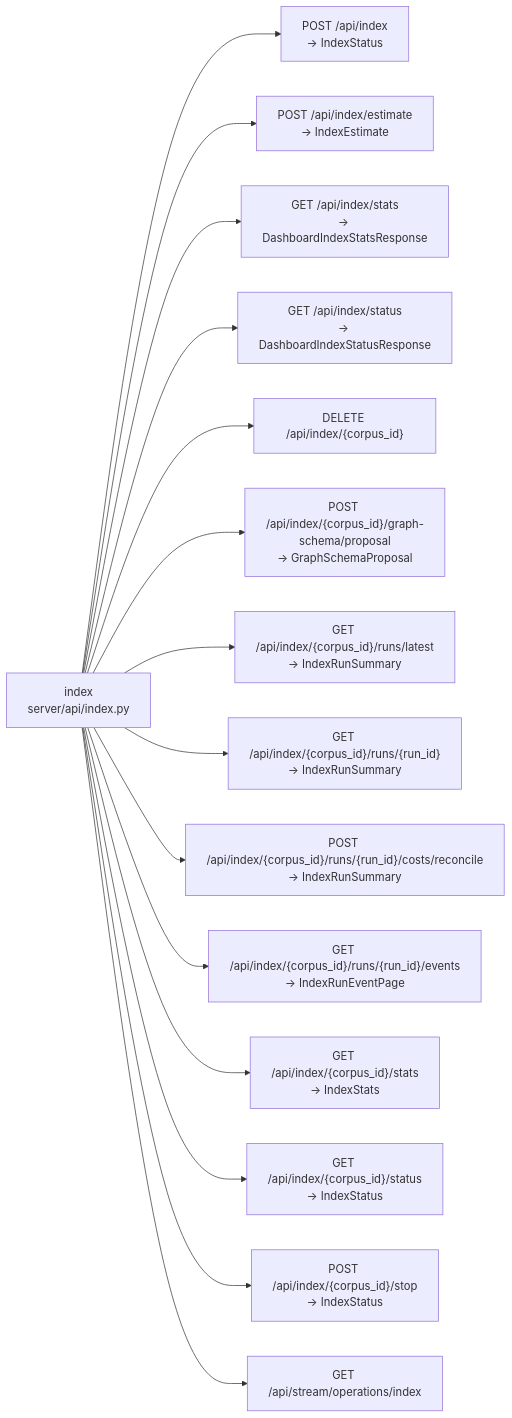
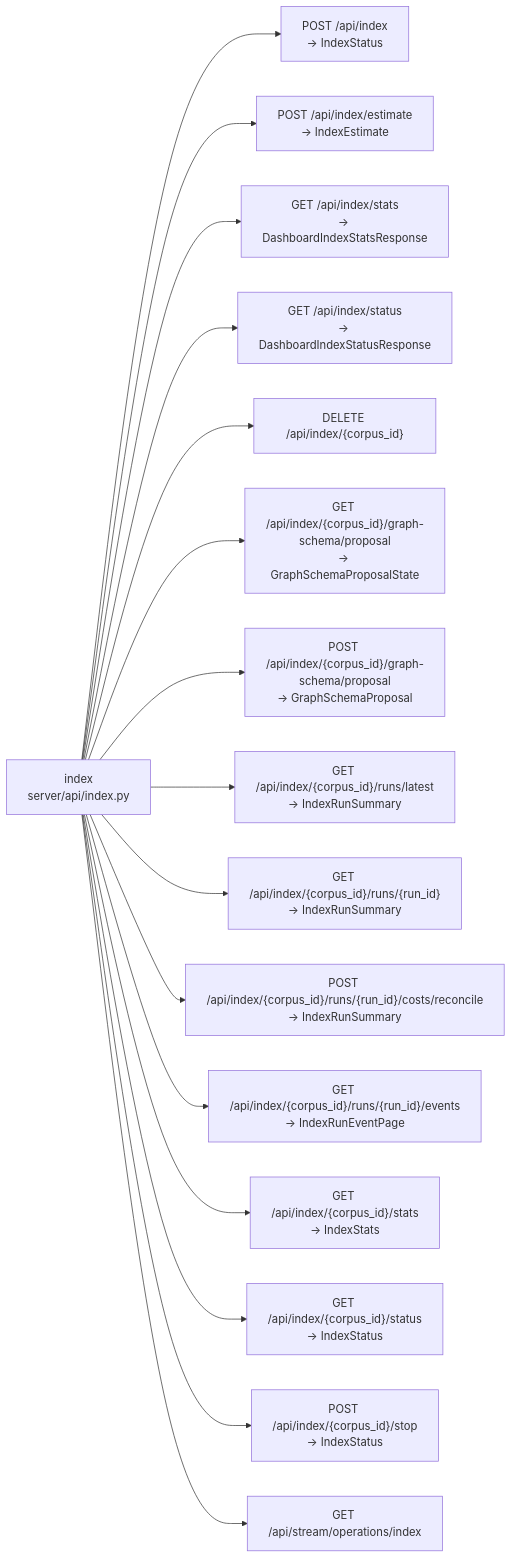
One commit to DMontgomery40/ragweld changed diagram 15 of 25 in mkdocs/docs/reference/architecture/api-surface.md. Above: the diagram before and after it, drawn with Mermaid. The commit also changed other lines of this file and 21 other files, not shown here.

````diff
--- a/mkdocs/docs/reference/architecture/api-surface.md
+++ b/mkdocs/docs/reference/architecture/api-surface.md
@@ -449,32 +449,34 @@
 ```mermaid
 flowchart LR
     n_index["index\nserver/api/index.py"]
     n_index_0["POST /api/index\n-> IndexStatus"]
     n_index --> n_index_0
     n_index_1["POST /api/index/estimate\n-> IndexEstimate"]
     n_index --> n_index_1
     n_index_2["GET /api/index/stats\n-> DashboardIndexStatsResponse"]
     n_index --> n_index_2
     n_index_3["GET /api/index/status\n-> DashboardIndexStatusResponse"]
     n_index --> n_index_3
     n_index_4["DELETE /api/index/{corpus_id}"]
     n_index --> n_index_4
-    n_index_5["POST /api/index/{corpus_id}/graph-schema/proposal\n-> GraphSchemaProposal"]
+    n_index_5["GET /api/index/{corpus_id}/graph-schema/proposal\n-> GraphSchemaProposalState"]
     n_index --> n_index_5
-    n_index_6["GET /api/index/{corpus_id}/runs/latest\n-> IndexRunSummary"]
+    n_index_6["POST /api/index/{corpus_id}/graph-schema/proposal\n-> GraphSchemaProposal"]
     n_index --> n_index_6
-    n_index_7["GET /api/index/{corpus_id}/runs/{run_id}\n-> IndexRunSummary"]
+    n_index_7["GET /api/index/{corpus_id}/runs/latest\n-> IndexRunSummary"]
     n_index --> n_index_7
-    n_index_8["POST /api/index/{corpus_id}/runs/{run_id}/costs/reconcile\n-> IndexRunSummary"]
+    n_index_8["GET /api/index/{corpus_id}/runs/{run_id}\n-> IndexRunSummary"]
     n_index --> n_index_8
-    n_index_9["GET /api/index/{corpus_id}/runs/{run_id}/events\n-> IndexRunEventPage"]
+    n_index_9["POST /api/index/{corpus_id}/runs/{run_id}/costs/reconcile\n-> IndexRunSummary"]
     n_index --> n_index_9
-    n_index_10["GET /api/index/{corpus_id}/stats\n-> IndexStats"]
+    n_index_10["GET /api/index/{corpus_id}/runs/{run_id}/events\n-> IndexRunEventPage"]
     n_index --> n_index_10
-    n_index_11["GET /api/index/{corpus_id}/status\n-> IndexStatus"]
+    n_index_11["GET /api/index/{corpus_id}/stats\n-> IndexStats"]
     n_index --> n_index_11
-    n_index_12["POST /api/index/{corpus_id}/stop\n-> IndexStatus"]
+    n_index_12["GET /api/index/{corpus_id}/status\n-> IndexStatus"]
     n_index --> n_index_12
-    n_index_13["GET /api/stream/operations/index"]
+    n_index_13["POST /api/index/{corpus_id}/stop\n-> IndexStatus"]
     n_index --> n_index_13
+    n_index_14["GET /api/stream/operations/index"]
+    n_index --> n_index_14
 ```
````
